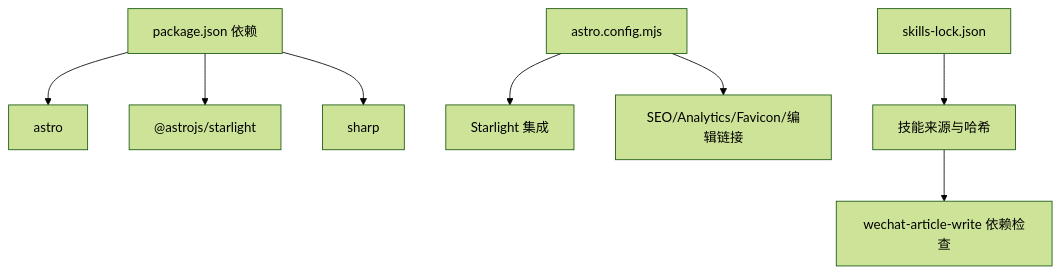
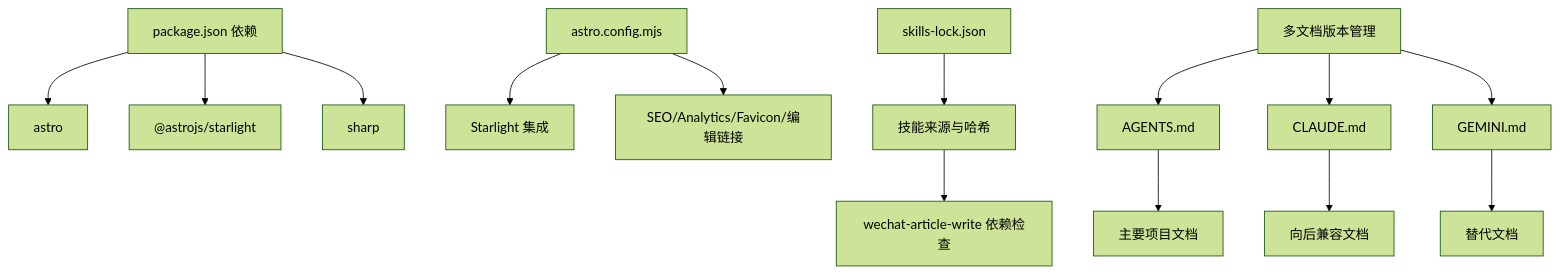
Before and after one commit to NTLx/ntlx.github.io: the seventh of 7 diagrams in .qoder/repowiki/zh/content/项目概述.md, drawn with Mermaid (forest theme). The commit also changed other lines of this file and 7 other files, not shown here.

````diff
--- a/.qoder/repowiki/zh/content/项目概述.md
+++ b/.qoder/repowiki/zh/content/项目概述.md
@@ -375,10 +444,16 @@
 ```mermaid
 graph TB
 A["package.json 依赖"] --> B["astro"]
 A --> C["@astrojs/starlight"]
 A --> D["sharp"]
 E["astro.config.mjs"] --> F["Starlight 集成"]
 E --> G["SEO/Analytics/Favicon/编辑链接"]
 H["skills-lock.json"] --> I["技能来源与哈希"]
 I --> J["wechat-article-write 依赖检查"]
+K["多文档版本管理"] --> L["AGENTS.md"]
+K --> M["CLAUDE.md"]
+K --> N["GEMINI.md"]
+L --> O["主要项目文档"]
+M --> P["向后兼容文档"]
+N --> Q["替代文档"]
 ```
````
